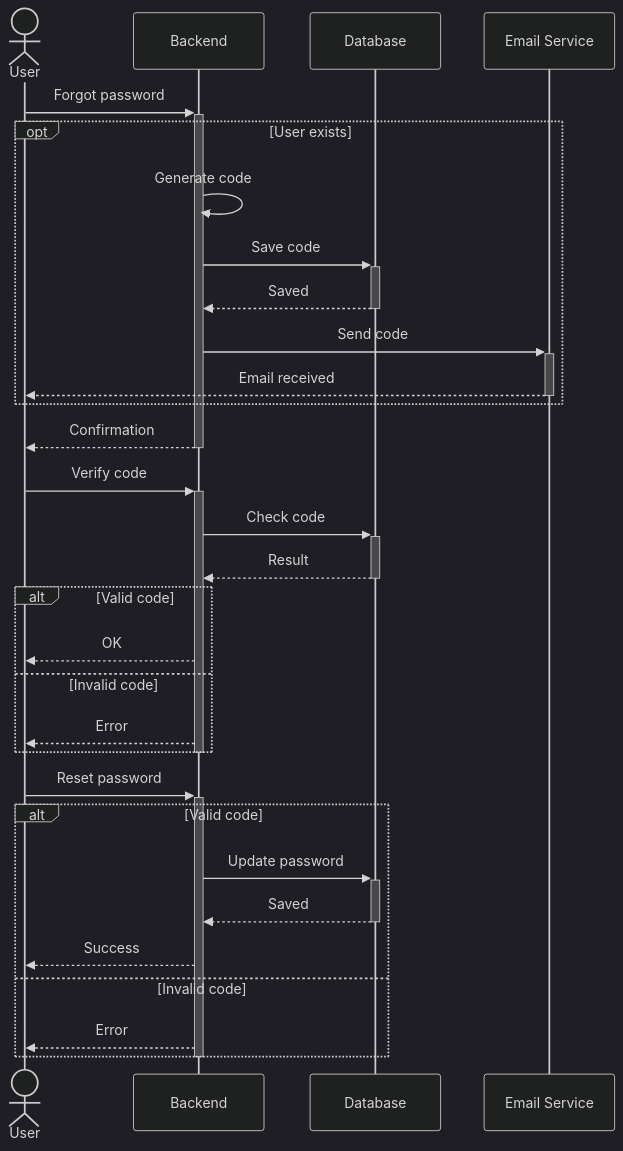
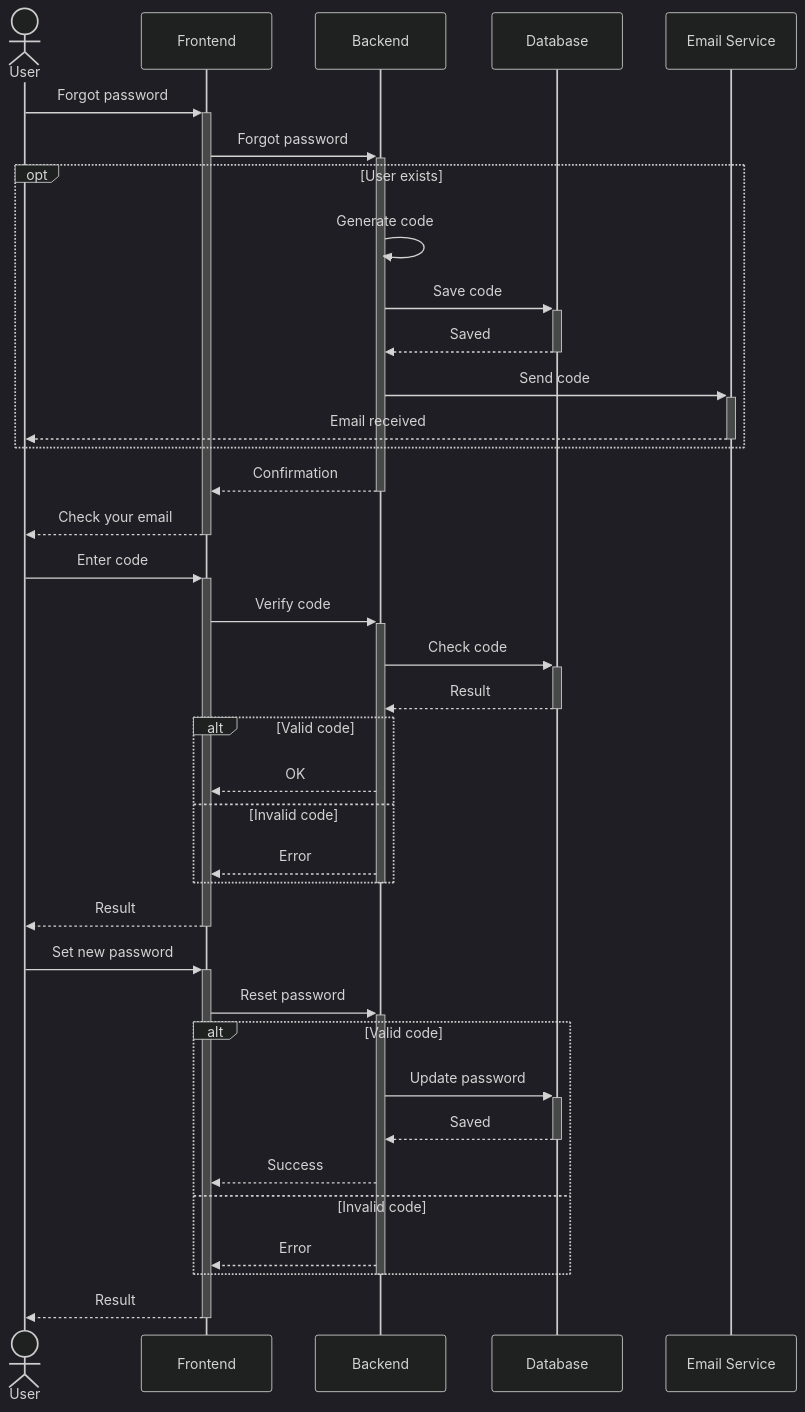
The third of 16 diagrams in docs/SEQUENCE_DIAGRAMS.md (MohamedChebbi123/teamnest), drawn with Mermaid (dark theme) before and after one commit. The commit also changed other lines of this file, not shown here.

````diff
--- a/docs/SEQUENCE_DIAGRAMS.md
+++ b/docs/SEQUENCE_DIAGRAMS.md
@@ -108,37 +113,44 @@
 ```mermaid
 sequenceDiagram
     actor User
+    participant FE as Frontend
     participant API as Backend
     participant DB as Database
     participant Mail as Email Service
 
-    User->>+API: Forgot password
+    User->>+FE: Forgot password
+    FE->>+API: Forgot password
     opt User exists
         API->>API: Generate code
         API->>+DB: Save code
         DB-->>-API: Saved
         API->>+Mail: Send code
         Mail-->>-User: Email received
     end
-    API-->>-User: Confirmation
+    API-->>-FE: Confirmation
+    FE-->>-User: Check your email
 
-    User->>+API: Verify code
+    User->>+FE: Enter code
+    FE->>+API: Verify code
     API->>+DB: Check code
     DB-->>-API: Result
     alt Valid code
-        API-->>User: OK
+        API-->>FE: OK
     else Invalid code
-        API-->>User: Error
+        API-->>FE: Error
     end
     deactivate API
+    FE-->>-User: Result
 
-    User->>+API: Reset password
+    User->>+FE: Set new password
+    FE->>+API: Reset password
     alt Valid code
         API->>+DB: Update password
         DB-->>-API: Saved
-        API-->>User: Success
+        API-->>FE: Success
     else Invalid code
-        API-->>User: Error
+        API-->>FE: Error
     end
     deactivate API
+    FE-->>-User: Result
 ```
````
